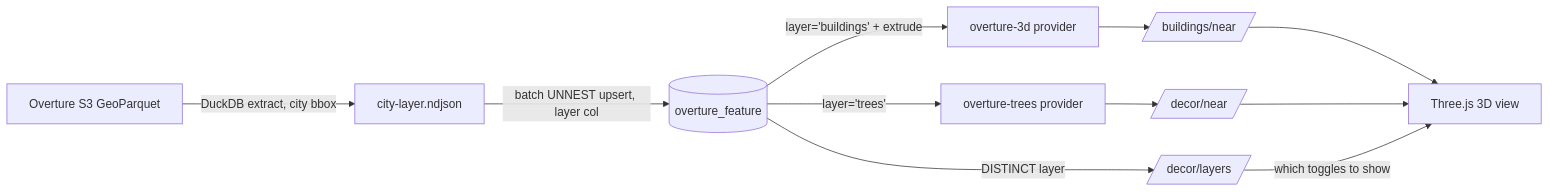
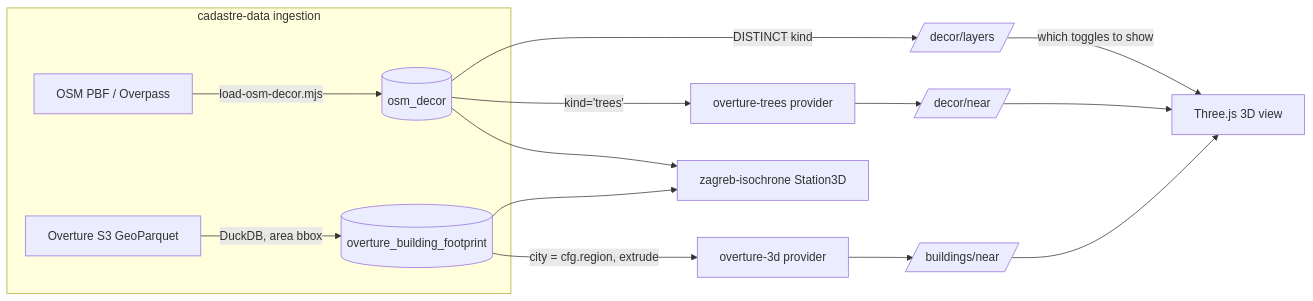
Before and after one commit to Poglavar/consensus-builder: the diagram in overture-buildings.md, drawn with Mermaid. The commit also changed other lines of this file and 10 other files, not shown here.

````diff
--- a/overture-buildings.md
+++ b/overture-buildings.md
@@ -31,11 +111,15 @@
 ```mermaid
 flowchart LR
-  O[Overture S3 GeoParquet] -->|DuckDB extract, city bbox| N[city-layer.ndjson]
-  N -->|batch UNNEST upsert, layer col| T[(overture_feature)]
-  T -->|layer='buildings' + extrude| Pb[overture-3d provider] --> R[/buildings/near/]
-  T -->|layer='trees'| Pt[overture-trees provider] --> D[/decor/near/]
-  T -->|DISTINCT layer| L[/decor/layers/]
+  subgraph cadastre-data ingestion
+    O[Overture S3 GeoParquet] -->|DuckDB, area bbox| T[(overture_building_footprint)]
+    J[OSM PBF / Overpass] -->|load-osm-decor.mjs| S[(osm_decor)]
+  end
+  T -->|city = cfg.region, extrude| Pb[overture-3d provider] --> R[/buildings/near/]
+  S -->|kind='trees'| Pt[overture-trees provider] --> D[/decor/near/]
+  S -->|DISTINCT kind| L[/decor/layers/]
   R --> F[Three.js 3D view]
   D --> F
   L -->|which toggles to show| F
+  T --> Z[zagreb-isochrone Station3D]
+  S --> Z
 ```
````
